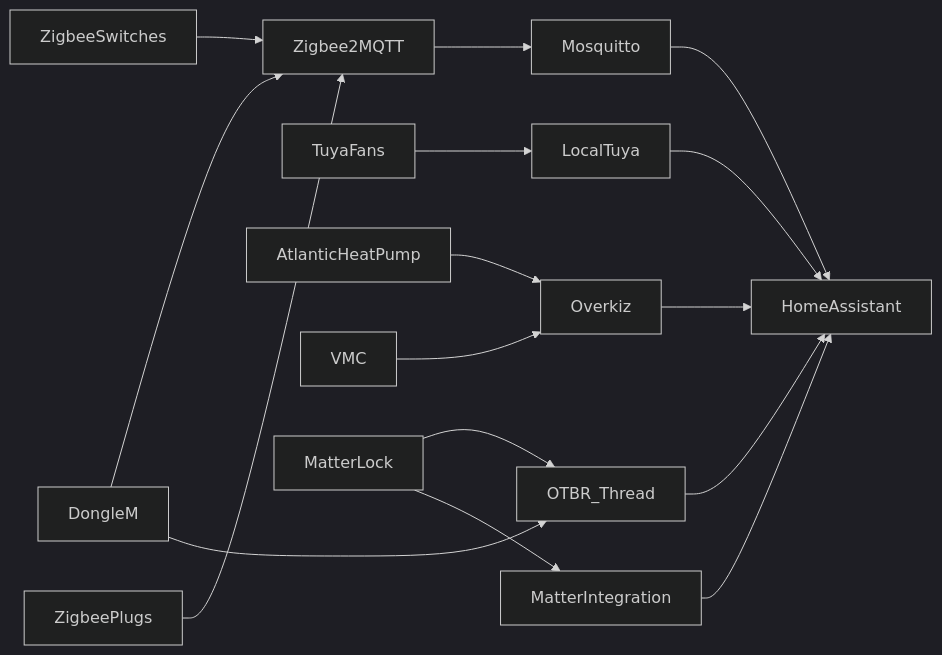
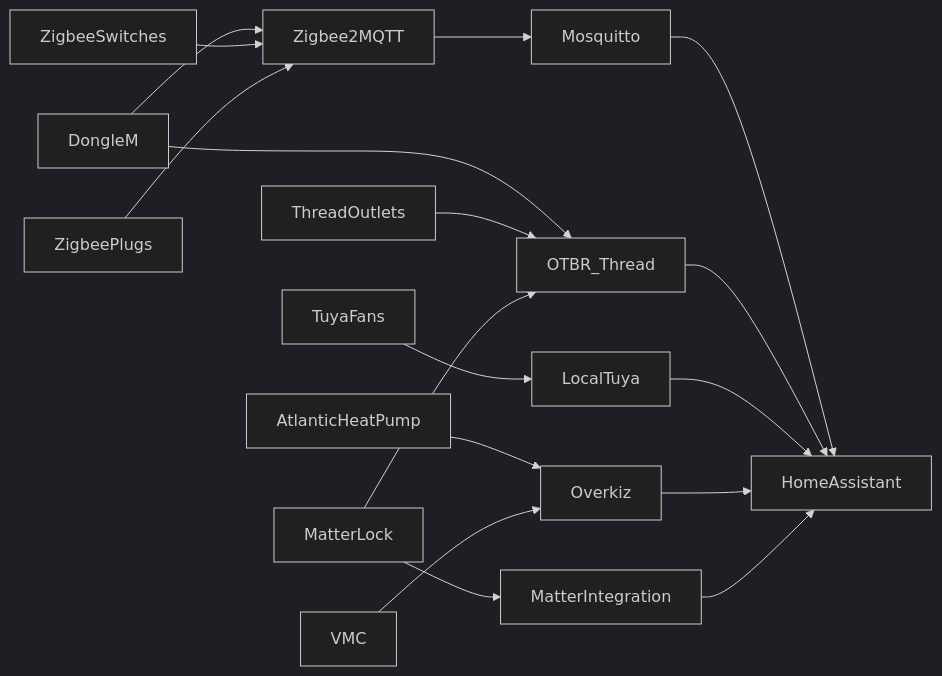
One commit to befabry/home-assistant-setup changed the diagram in README.md. Above: the diagram before and after it, drawn with Mermaid (dark theme). The commit also changed other lines of this file and 9 other files, not shown here.

First line of the commit message:
Document dual/single Zigbee switches, outlets mesh, and fan wiring diagram.

````diff
--- a/README.md
+++ b/README.md
@@ -31,18 +32,19 @@
 ```mermaid
 flowchart LR
   Dongle[DongleM] --> Z2M[Zigbee2MQTT]
   Dongle --> OTBR[OTBR_Thread]
   Z2M --> MQTT[Mosquitto]
   MQTT --> HA[HomeAssistant]
   OTBR --> HA
   Switches[ZigbeeSwitches] --> Z2M
   Plugs[ZigbeePlugs] --> Z2M
+  ThreadOutlets[ThreadOutlets] --> OTBR
   Fans[TuyaFans] --> LocalTuya[LocalTuya]
   LocalTuya --> HA
   HeatPump[AtlanticHeatPump] --> Overkiz[Overkiz]
   VMC[VMC] --> Overkiz
   Overkiz --> HA
   MatterDev[MatterLock] --> OTBR
   MatterDev --> Matter[MatterIntegration]
   Matter --> HA
 ```
````
